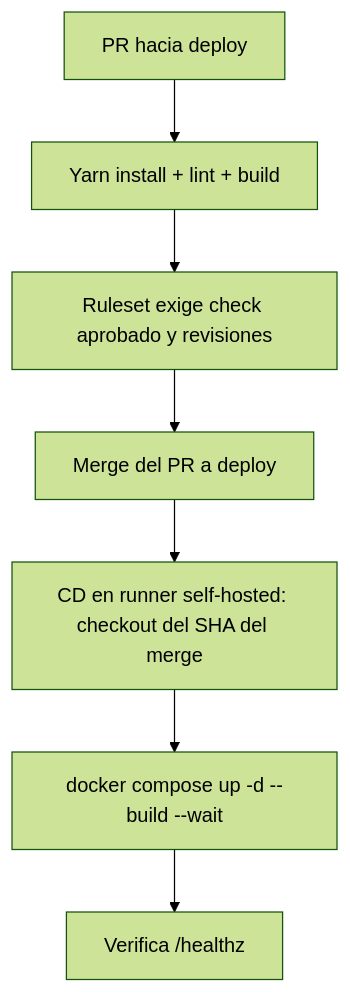
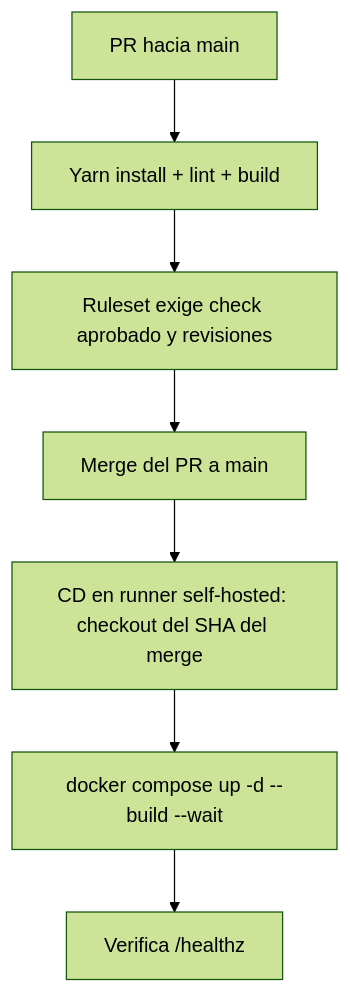
Before and after one commit to scorpio-iotuc/scorpio-frontend: the diagram in docs/CICD.md, drawn with Mermaid (forest theme). The commit also changed other lines of this file and 5 other files, not shown here.

First line of the commit message:
ci: trigger CD on PRs merged into main instead of deploy

````diff
--- a/docs/CICD.md
+++ b/docs/CICD.md
@@ -82,9 +82,9 @@
 ```mermaid
 flowchart TD
-    PR["PR hacia deploy"] --> CI["Yarn install + lint + build"]
+    PR["PR hacia main"] --> CI["Yarn install + lint + build"]
     CI --> Rule["Ruleset exige check aprobado y revisiones"]
-    Rule --> Merge["Merge del PR a deploy"]
+    Rule --> Merge["Merge del PR a main"]
     Merge --> CD["CD en runner self-hosted: checkout del SHA del merge"]
     CD --> Up["docker compose up -d --build --wait"]
     Up --> Health["Verifica /healthz"]
 ```
````
